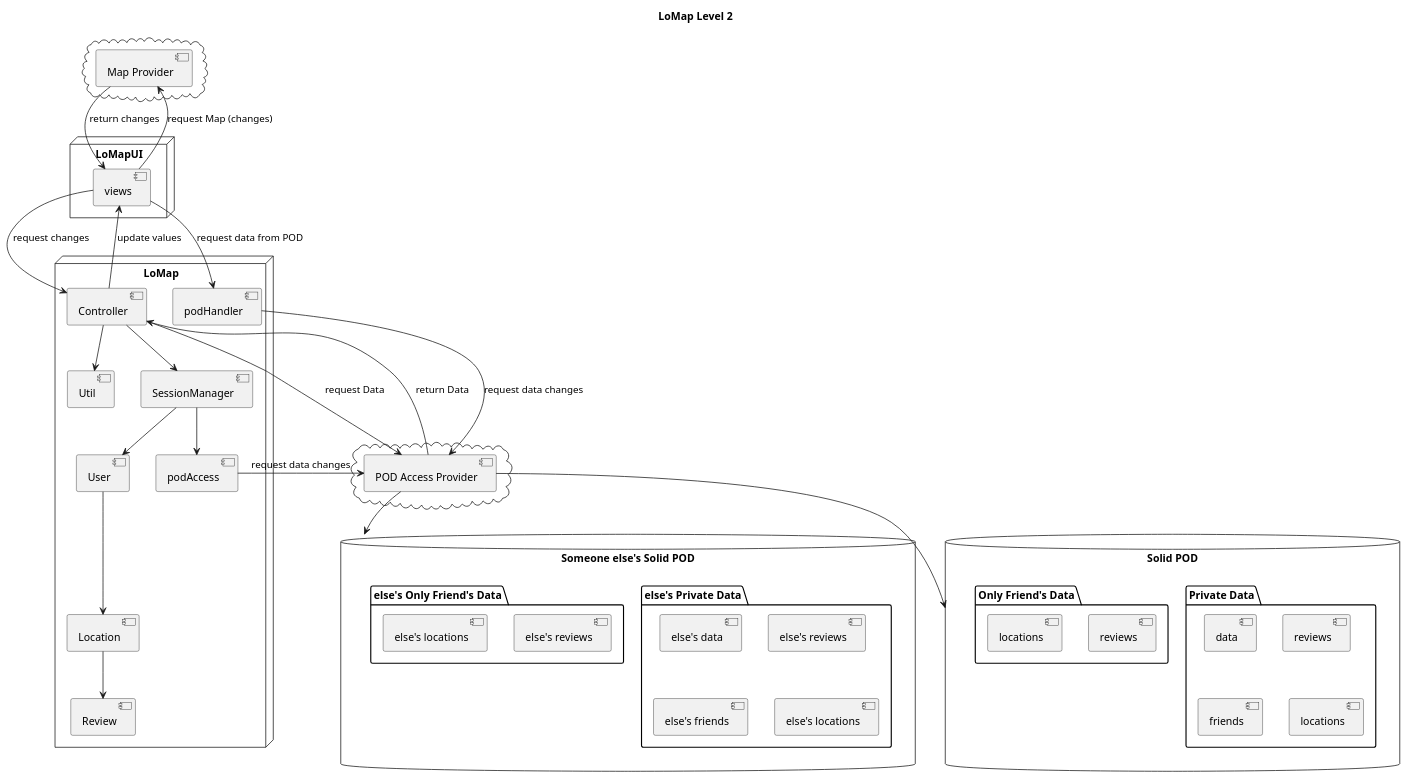
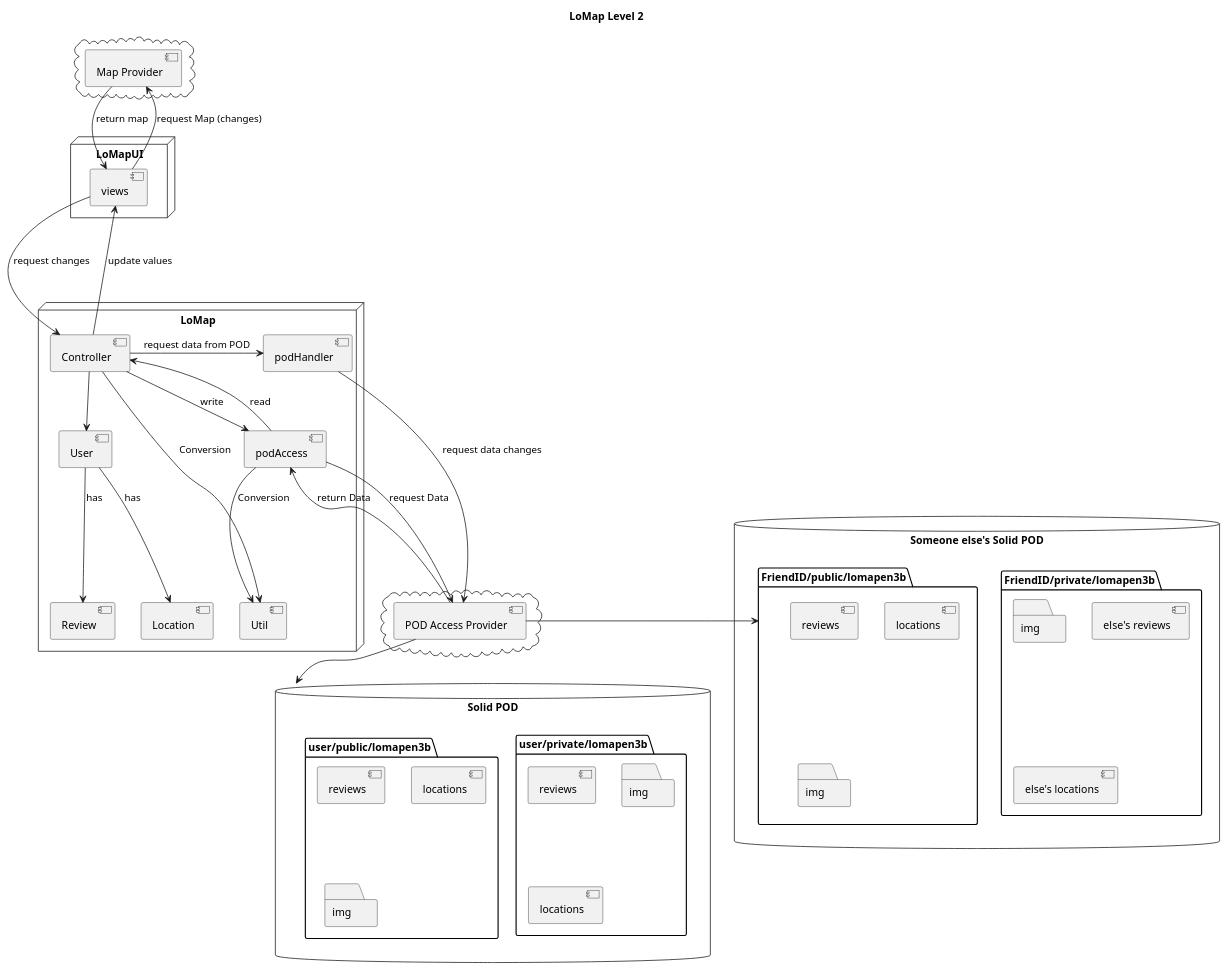
Before and after one commit to Arquisoft/lomap_en3b: the second of 2 diagrams in docs/05_building_block_view.adoc, drawn with PlantUML. The commit also changed other lines of this file and 2 other files, not shown here.

Commit message:
Documnetation updated

```diff
--- a/docs/05_building_block_view.adoc
+++ b/docs/05_building_block_view.adoc
@@ -117,77 +117,74 @@
 [plantuml,"Level 2 diagram",png]
 ----
 title "LoMap Level 2"
 cloud {
   [Map Provider] as MapP
 }
 
 cloud {
   [POD Access Provider] as PODAP
 }
 
 database "Someone else's Solid POD" as Pod2 {
-  folder "else's Private Data" {
-    [else's data] as data2
-    [else's reviews] as review2
-    [else's friends] as friend2
-    [else's locations] as Loc2
+  folder "FriendID/private/lomapen3b" {
+    folder "img"
+    [else's reviews] as review1
+    [else's locations] as Loc1
 
   }
-  folder "else's Only Friend's Data" {
-    [else's reviews] as reviewF2
-    [else's locations] as LocF2
-
-
+  folder "FriendID/public/lomapen3b" as PODF{
+    [reviews] as reviewF2
+    [locations] as LocF2
+    folder "img" as im1
   }
 }
 
 database "Solid POD" as Pod1 {
-  folder "Private Data" {
-    [data] as data1
-    [reviews] as review1
-    [friends] as friend1
-    [locations] as Loc1
+  folder "user/private/lomapen3b" {
+    [reviews] as review3
+    folder "img" as img2
+    [locations] as Loc3
 
   }
-  folder "Only Friend's Data" {
+  folder "user/public/lomapen3b" {
     [reviews] as reviewF1
     [locations] as LocF1
-
+    folder "img" as img3
   }
 }
 node "LoMapUI" as LoMapFE {
   [views] as UI
 }
 
 node "LoMap" as LoMapBE {
   [Controller] as crl
-  [SessionManager] as ssmng
   [podHandler] as PODHdr
   [podAccess] as PODAcc
   [Location] as Loc
   [Review] as Rev
   [User] as U
   [Util] as Utl
 }
 
 UI --> MapP : request Map (changes)
-MapP --> UI : return changes
-UI --> crl : request changes
-crl --> PODAP : request Data
-PODAP --> crl : return Data
-crl --> UI : update values
+MapP --> UI : return map
+UI --down-> crl : request changes
+PODAcc --> PODAP : request Data
+PODAP --> PODAcc : return Data
+crl -up--> UI : update values
 
-crl --> Utl
-ssmng --> PODAcc
-UI --> PODHdr : request data from POD
+crl --right-> Utl :Conversion
+crl --> PODAcc :write
+PODAcc --> crl :read
+crl -> PODHdr : request data from POD
 PODHdr ---> PODAP : request data changes
-PODAcc ---> PODAP : request data changes
+
+PODAcc --> Utl :Conversion
 
 PODAP --> Pod1
-PODAP --> Pod2
+PODAP --left-> PODF
 
-crl --> ssmng
-ssmng --> U
-U --> Loc
-Loc --> Rev
+crl --> U
+U --> Loc :has
+U --> Rev :has
 ----
```
